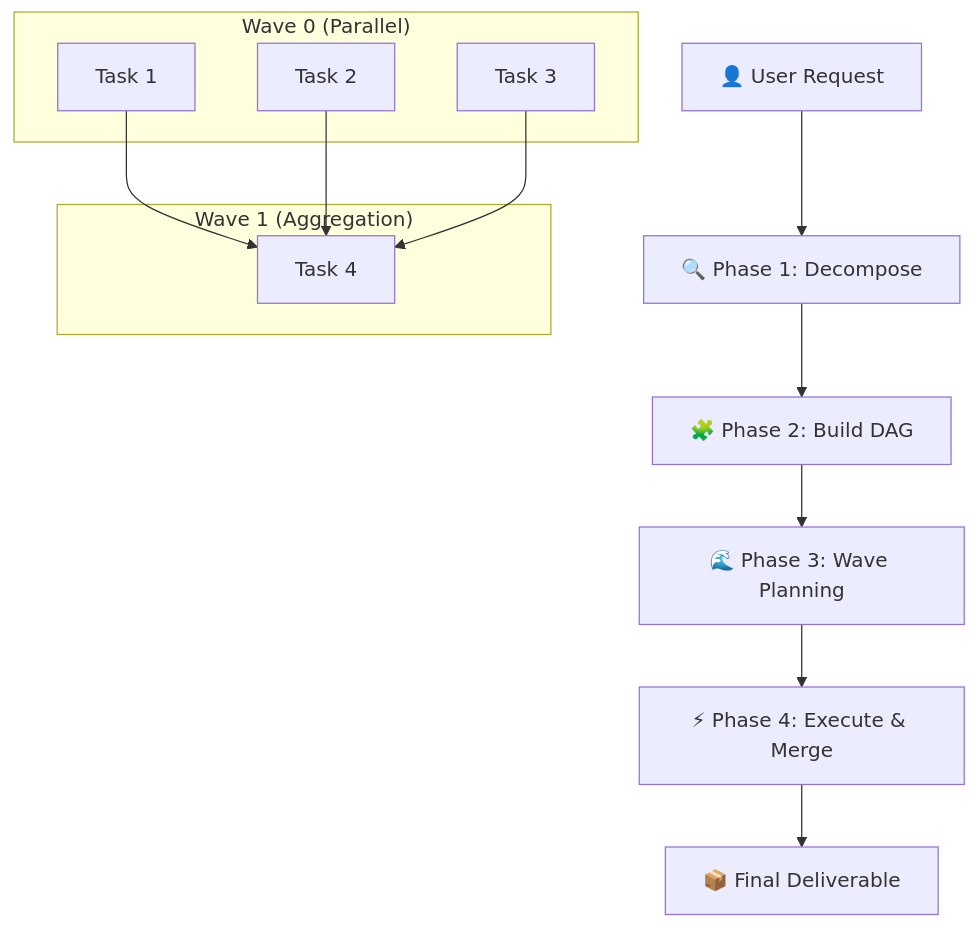
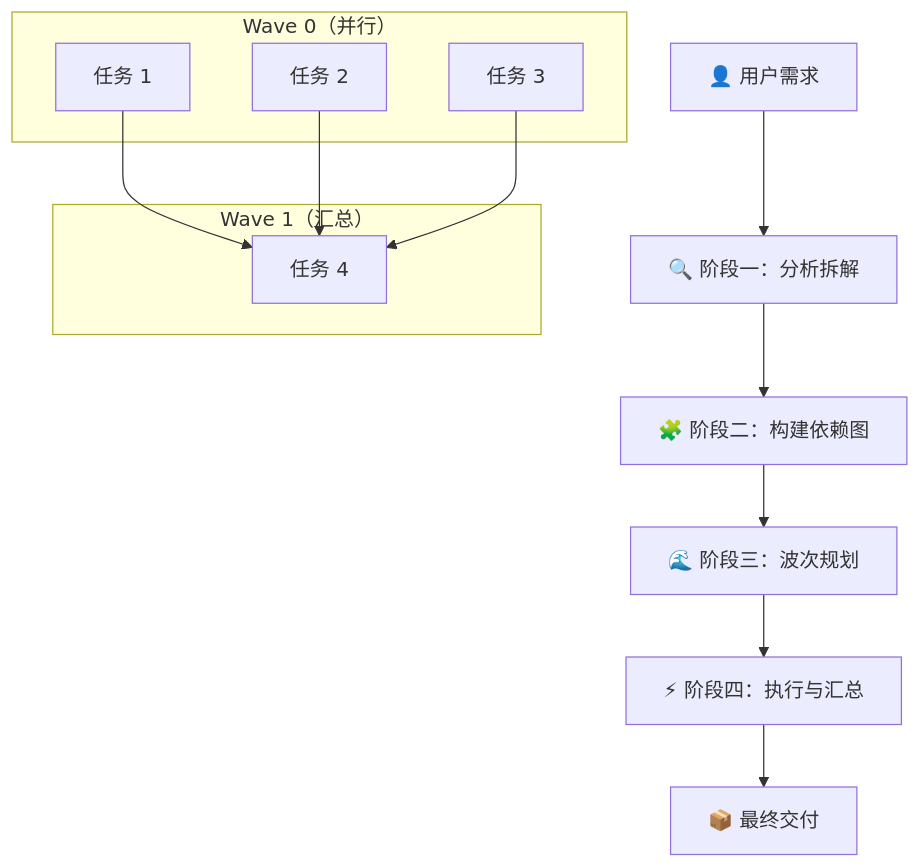
Before and after one commit to YardonYan/task-skill-orchestrator: the diagram in README.md, drawn with Mermaid. The commit also changed other lines of this file and 4 other files, not shown here.

````diff
--- a/README.md
+++ b/README.md
@@ -62,22 +64,22 @@
 ```mermaid
 graph TD
-    A[👤 User Request] --> B[🔍 Phase 1: Decompose]
-    B --> C[🧩 Phase 2: Build DAG]
-    C --> D[🌊 Phase 3: Wave Planning]
-    D --> E[⚡ Phase 4: Execute & Merge]
-    E --> F[📦 Final Deliverable]
+    A[👤 用户需求] --> B[🔍 阶段一：分析拆解]
+    B --> C[🧩 阶段二：构建依赖图]
+    C --> D[🌊 阶段三：波次规划]
+    D --> E[⚡ 阶段四：执行与汇总]
+    E --> F[📦 最终交付]
 
-    subgraph W0["Wave 0 (Parallel)"]
-        T1[Task 1]
-        T2[Task 2]
-        T3[Task 3]
+    subgraph W0["Wave 0（并行）"]
+        T1[任务 1]
+        T2[任务 2]
+        T3[任务 3]
     end
 
-    subgraph W1["Wave 1 (Aggregation)"]
-        T4[Task 4]
+    subgraph W1["Wave 1（汇总）"]
+        T4[任务 4]
     end
 
     T1 --> T4
     T2 --> T4
     T3 --> T4
 ```
````
